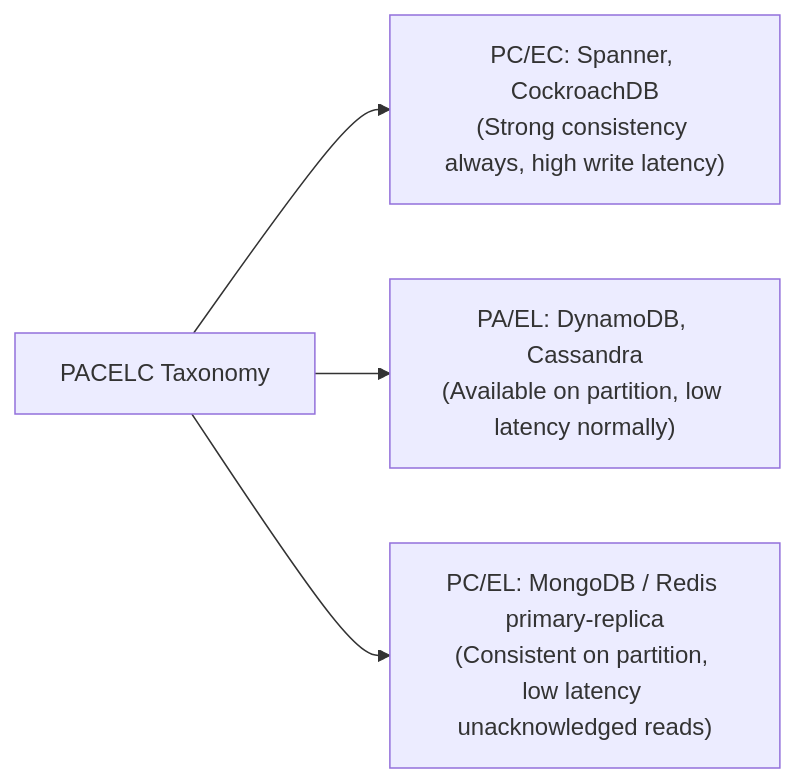
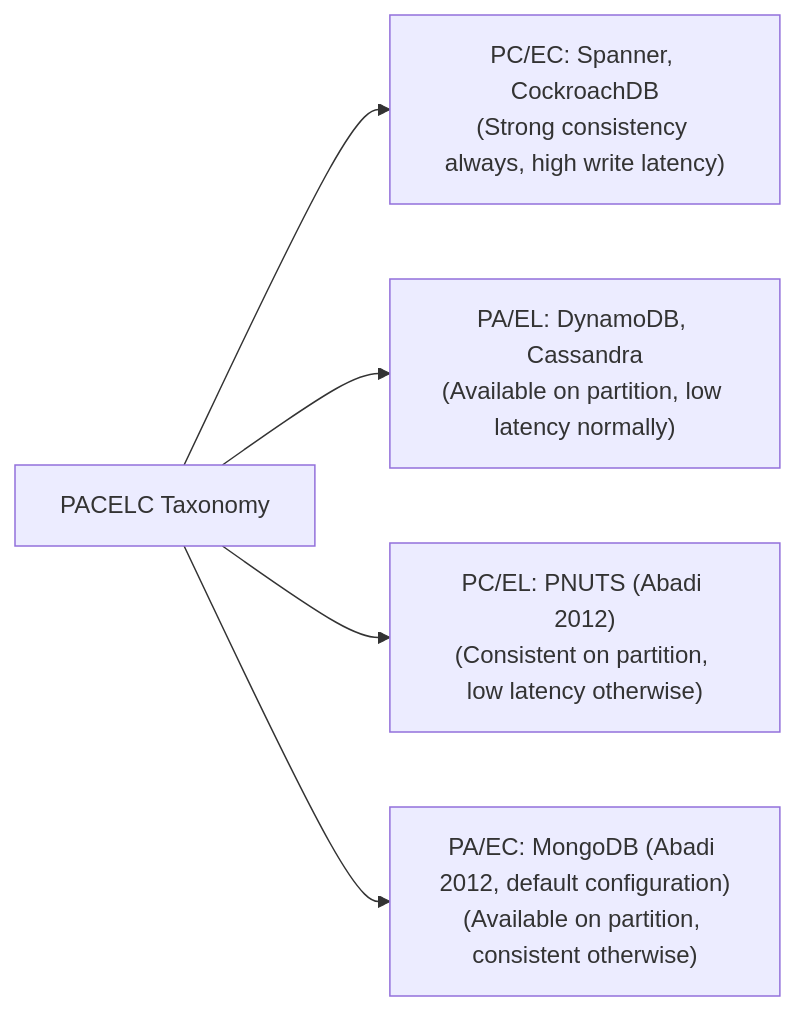
The eighth of 10 diagrams in architecture/distributed-systems/modules/01-system-models-and-impossibility.md (espoem/zero-to-one), drawn with Mermaid before and after one commit. The commit also changed other lines of this file and 4 other files, not shown here.

````diff
--- a/architecture/distributed-systems/modules/01-system-models-and-impossibility.md
+++ b/architecture/distributed-systems/modules/01-system-models-and-impossibility.md
@@ -179,7 +179,8 @@
 ```mermaid
 flowchart LR
     direction LR
     PACELC["PACELC Taxonomy"] --> PC_EC["PC/EC: Spanner, CockroachDB\n(Strong consistency always, high write latency)"]
     PACELC --> PA_EL["PA/EL: DynamoDB, Cassandra\n(Available on partition, low latency normally)"]
-    PACELC --> PC_EL["PC/EL: MongoDB / Redis primary-replica\n(Consistent on partition, low latency unacknowledged reads)"]
+    PACELC --> PC_EL["PC/EL: PNUTS (Abadi 2012)\n(Consistent on partition, low latency otherwise)"]
+    PACELC --> PA_EC["PA/EC: MongoDB (Abadi 2012, default configuration)\n(Available on partition, consistent otherwise)"]
 ```
````
